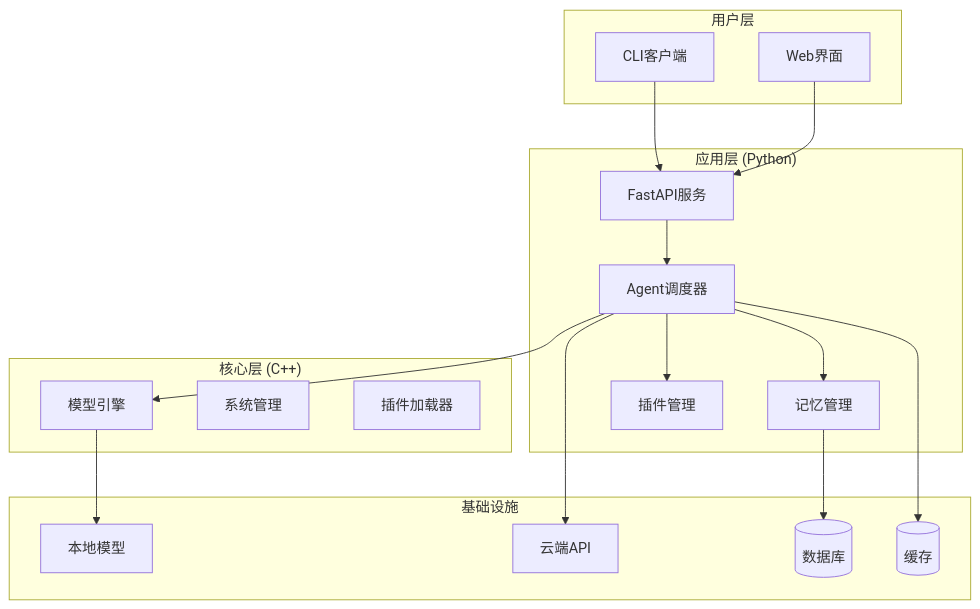
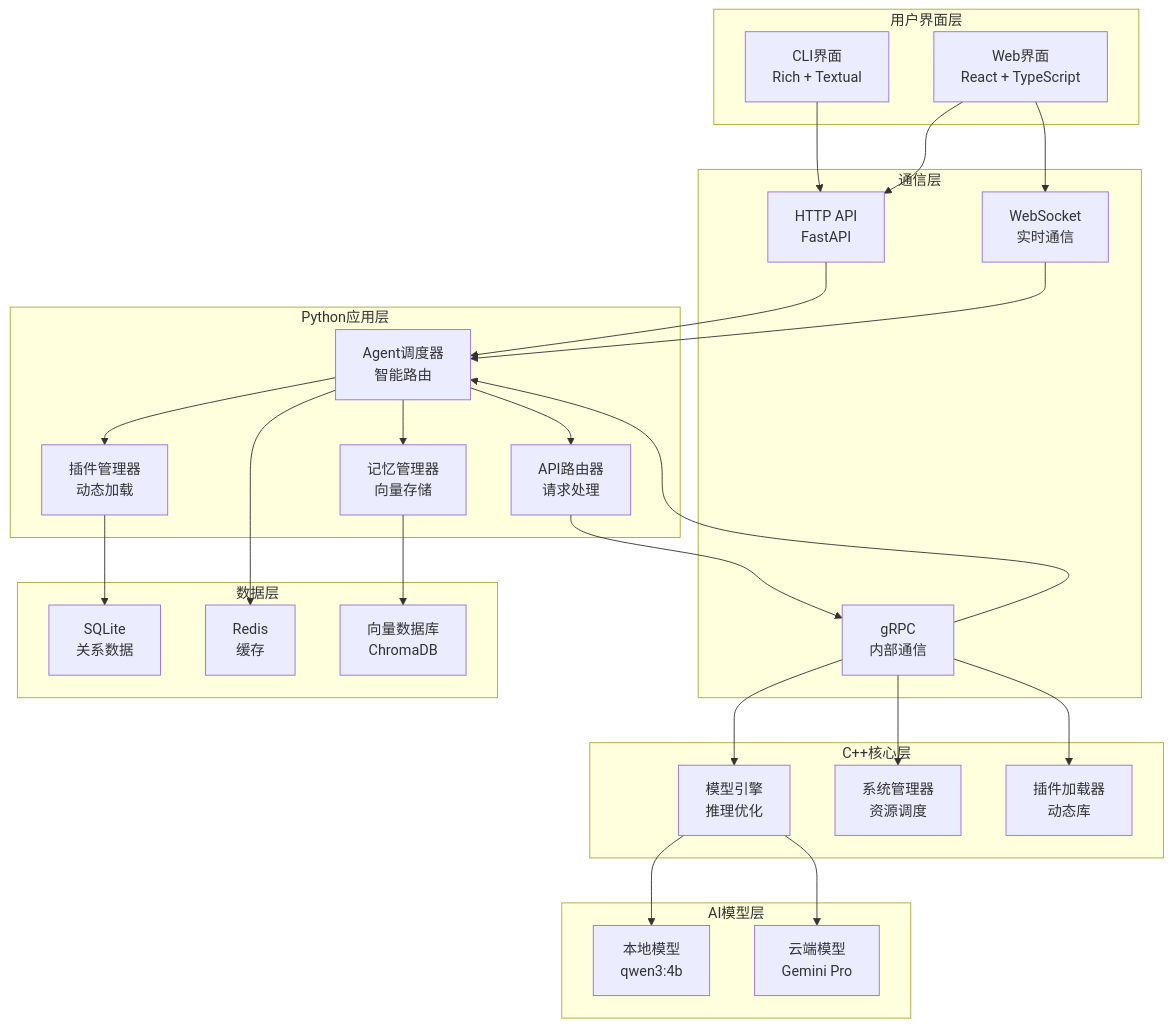
One commit to JadeSnow7/assistant changed the first of 8 diagrams in docs/architecture.md. Above: the diagram before and after it, drawn with Mermaid. The commit also changed other lines of this file and 4597 other files, not shown here.

````diff
--- a/docs/architecture.md
+++ b/docs/architecture.md
@@ -11,38 +11,61 @@
 ```mermaid
 graph TB
-    subgraph "用户层"
-        CLI[CLI客户端]
-        WebUI[Web界面]
+    subgraph "用户界面层"
+        CLI[CLI界面<br/>Rich + Textual]
+        WEB[Web界面<br/>React + TypeScript]
     end
     
-    subgraph "应用层 (Python)"
-        API[FastAPI服务]
-        Agent[Agent调度器]
-        Memory[记忆管理]
-        Plugin[插件管理]
+    subgraph "通信层"
+        HTTP[HTTP API<br/>FastAPI]
+        WS[WebSocket<br/>实时通信]
+        GRPC[gRPC<br/>内部通信]
     end
     
-    subgraph "核心层 (C++)"
-        Engine[模型引擎]
-        SysManager[系统管理]
-        PluginLoader[插件加载器]
+    subgraph "Python应用层"
+        AGENT[Agent调度器<br/>智能路由]
+        API_ROUTER[API路由器<br/>请求处理]
+        PLUGIN_MGR[插件管理器<br/>动态加载]
+        MEMORY[记忆管理器<br/>向量存储]
     end
     
-    subgraph "基础设施"
-        LocalModel[本地模型]
-        CloudAPI[云端API]
-        Database[(数据库)]
-        Redis[(缓存)]
+    subgraph "C++核心层"
+        MODEL_ENGINE[模型引擎<br/>推理优化]
+        SYS_MANAGER[系统管理器<br/>资源调度]
+        PLUGIN_LOADER[插件加载器<br/>动态库]
     end
     
-    CLI --> API
-    WebUI --> API
-    API --> Agent
-    Agent --> Memory
-    Agent --> Plugin
-    Agent --> Engine
-    Engine --> LocalModel
-    Agent --> CloudAPI
-    Memory --> Database
-    Agent --> Redis
+    subgraph "AI模型层"
+        LOCAL[本地模型<br/>qwen3:4b]
+        CLOUD[云端模型<br/>Gemini Pro]
+    end
+    
+    subgraph "数据层"
+        SQLITE[SQLite<br/>关系数据]
+        REDIS[Redis<br/>缓存]
+        VECTOR_DB[向量数据库<br/>ChromaDB]
+    end
+    
+    CLI --> HTTP
+    WEB --> HTTP
+    WEB --> WS
+    
+    HTTP --> AGENT
+    WS --> AGENT
+    GRPC --> AGENT
+    
+    AGENT --> API_ROUTER
+    AGENT --> PLUGIN_MGR
+    AGENT --> MEMORY
+    
+    API_ROUTER --> GRPC
+    GRPC --> MODEL_ENGINE
+    GRPC --> SYS_MANAGER
+    GRPC --> PLUGIN_LOADER
+    
+    MODEL_ENGINE --> LOCAL
+    MODEL_ENGINE --> CLOUD
+    
+    MEMORY --> VECTOR_DB
+    PLUGIN_MGR --> SQLITE
+    AGENT --> REDIS
 ```
````
